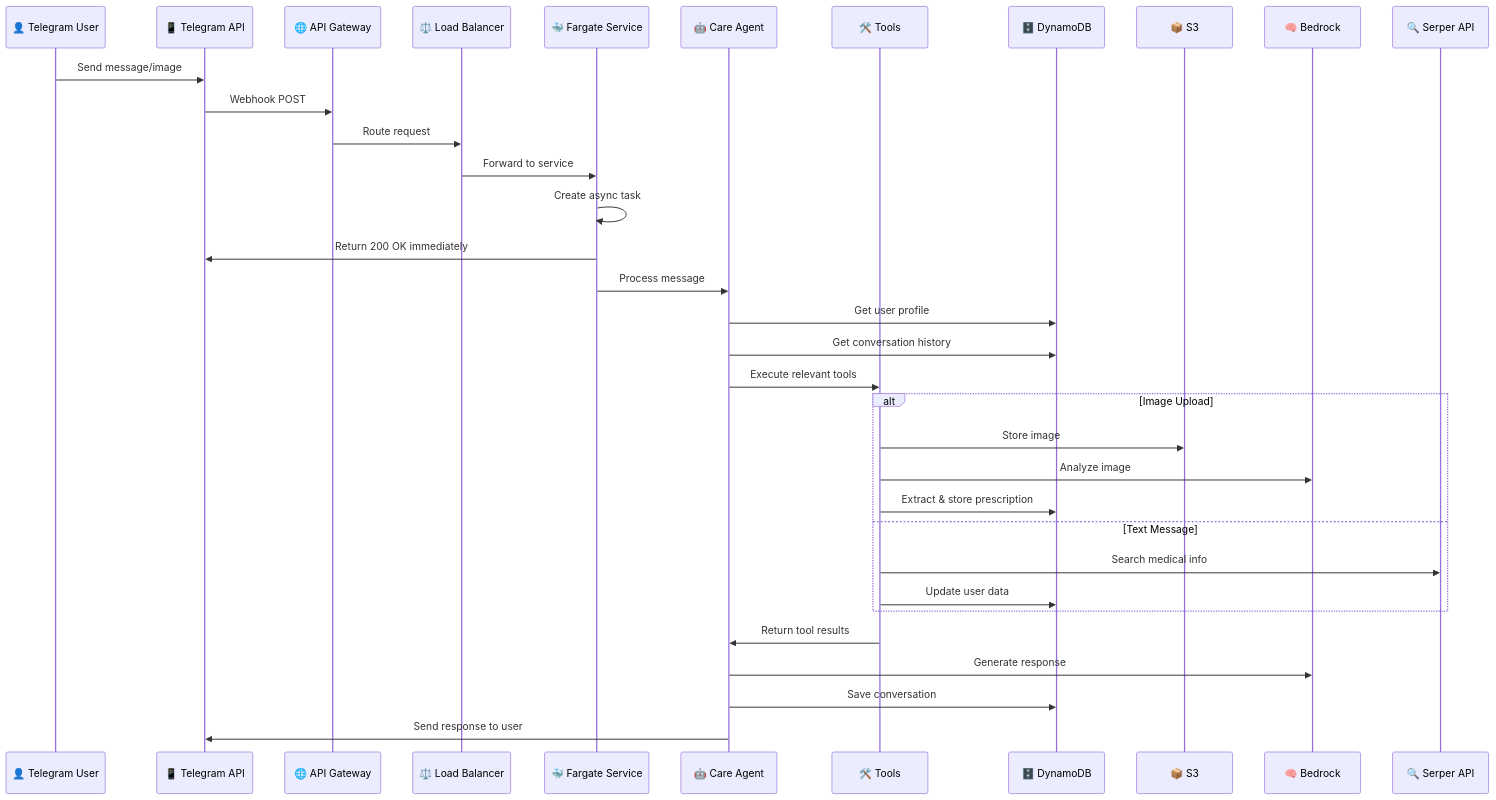
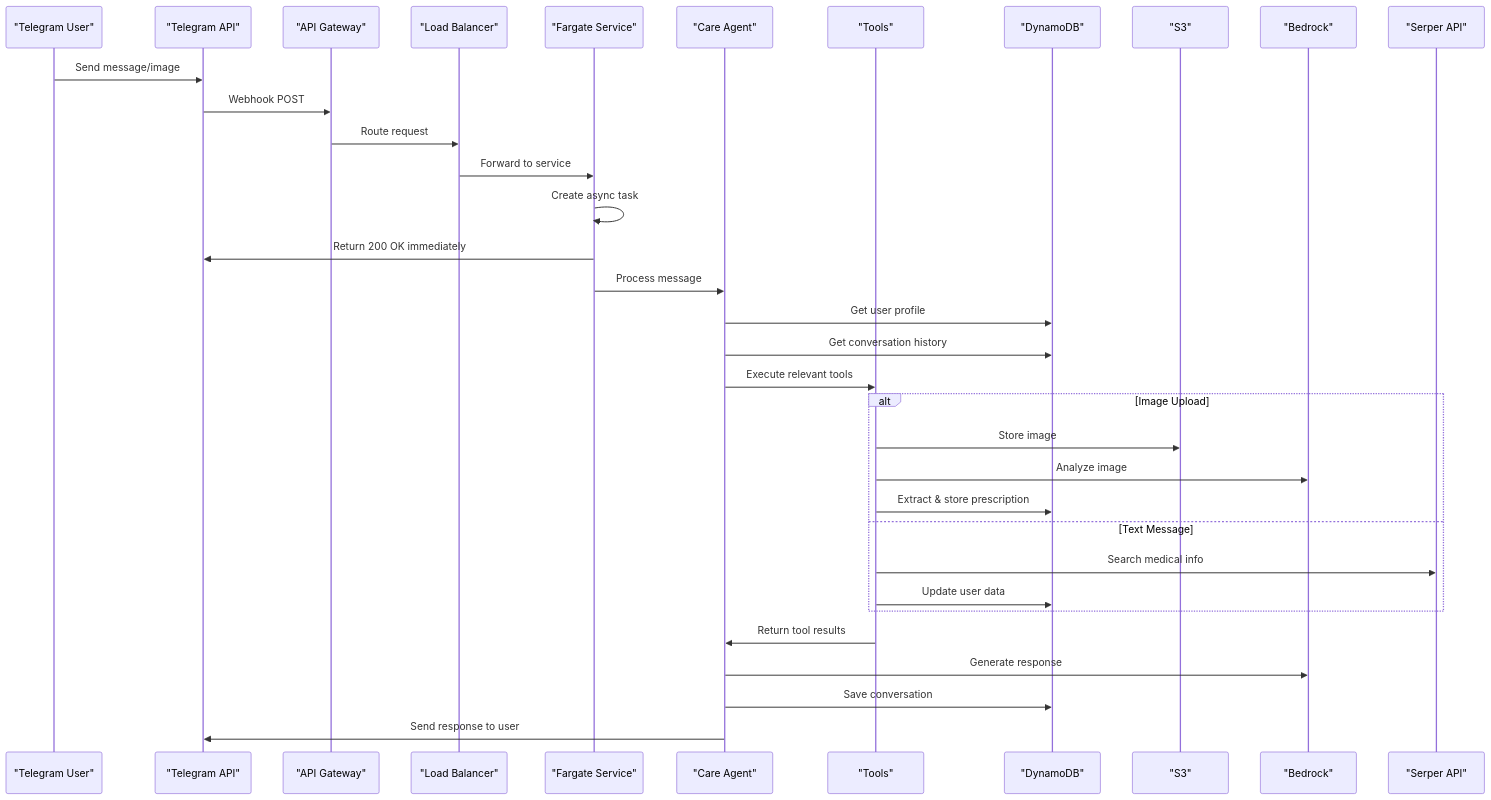
The third of 5 diagrams in docs/architecture-diagram.md (OurMultiverseOfMadness/Ctrl-Alt-Heal), drawn with Mermaid before and after one commit. The commit also changed other lines of this file and 3 other files, not shown here.

First line of the commit message:
fix: Resolve Mermaid diagram rendering issues across documentation

````diff
--- a/docs/architecture-diagram.md
+++ b/docs/architecture-diagram.md
@@ -189,47 +86,47 @@
 ```mermaid
 sequenceDiagram
-    participant User as 👤 Telegram User
-    participant TG as 📱 Telegram API
-    participant AGW as 🌐 API Gateway
-    participant ALB as ⚖️ Load Balancer
-    participant Fargate as 🐳 Fargate Service
-    participant Agent as 🤖 Care Agent
-    participant Tools as 🛠️ Tools
-    participant DB as 🗄️ DynamoDB
-    participant S3 as 📦 S3
-    participant Bedrock as 🧠 Bedrock
-    participant Serper as 🔍 Serper API
+    participant User as "Telegram User"
+    participant TG as "Telegram API"
+    participant AGW as "API Gateway"
+    participant ALB as "Load Balancer"
+    participant Fargate as "Fargate Service"
+    participant Agent as "Care Agent"
+    participant Tools as "Tools"
+    participant DB as "DynamoDB"
+    participant S3 as "S3"
+    participant Bedrock as "Bedrock"
+    participant Serper as "Serper API"
 
     %% Message Flow
     User->>TG: Send message/image
     TG->>AGW: Webhook POST
     AGW->>ALB: Route request
     ALB->>Fargate: Forward to service
 
     %% Async Processing
     Fargate->>Fargate: Create async task
     Fargate->>TG: Return 200 OK immediately
 
     %% Agent Processing
     Fargate->>Agent: Process message
     Agent->>DB: Get user profile
     Agent->>DB: Get conversation history
 
     %% Tool Execution
     Agent->>Tools: Execute relevant tools
 
     alt Image Upload
         Tools->>S3: Store image
         Tools->>Bedrock: Analyze image
         Tools->>DB: Extract & store prescription
     else Text Message
         Tools->>Serper: Search medical info
         Tools->>DB: Update user data
     end
 
     %% Response Generation
     Tools->>Agent: Return tool results
     Agent->>Bedrock: Generate response
     Agent->>DB: Save conversation
     Agent->>TG: Send response to user
 ```
````
